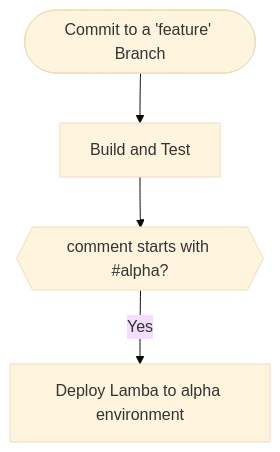
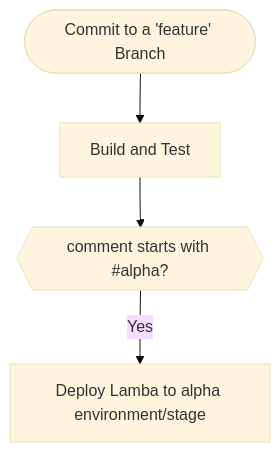
Before and after one commit to bogeorge/githubworkflow: the first of 3 diagrams in .github/workflows/README.md, drawn with Mermaid (base theme). The commit also changed other lines of this file and 5 other files, not shown here.

````diff
--- a/.github/workflows/README.md
+++ b/.github/workflows/README.md
@@ -20,7 +20,7 @@
 ```mermaid
 graph TD;
     id1([Commit to a 'feature' Branch])
     -->id2[Build and Test]
     -->id3{{comment starts with #alpha?}}
-    id3 -- Yes -->id5[Deploy Lamba to alpha environment]
+    id3 -- Yes -->id5[Deploy Lamba to alpha environment/stage]
 ```    
````
